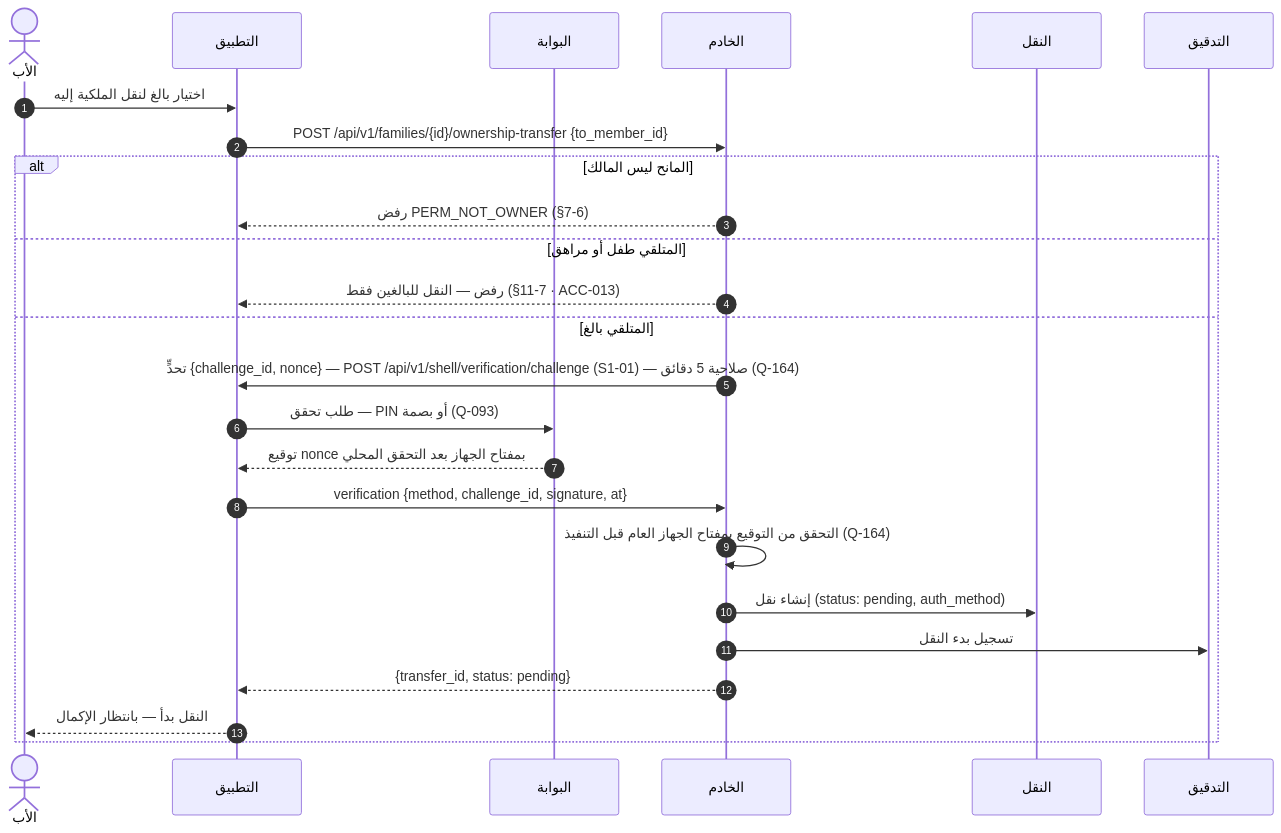
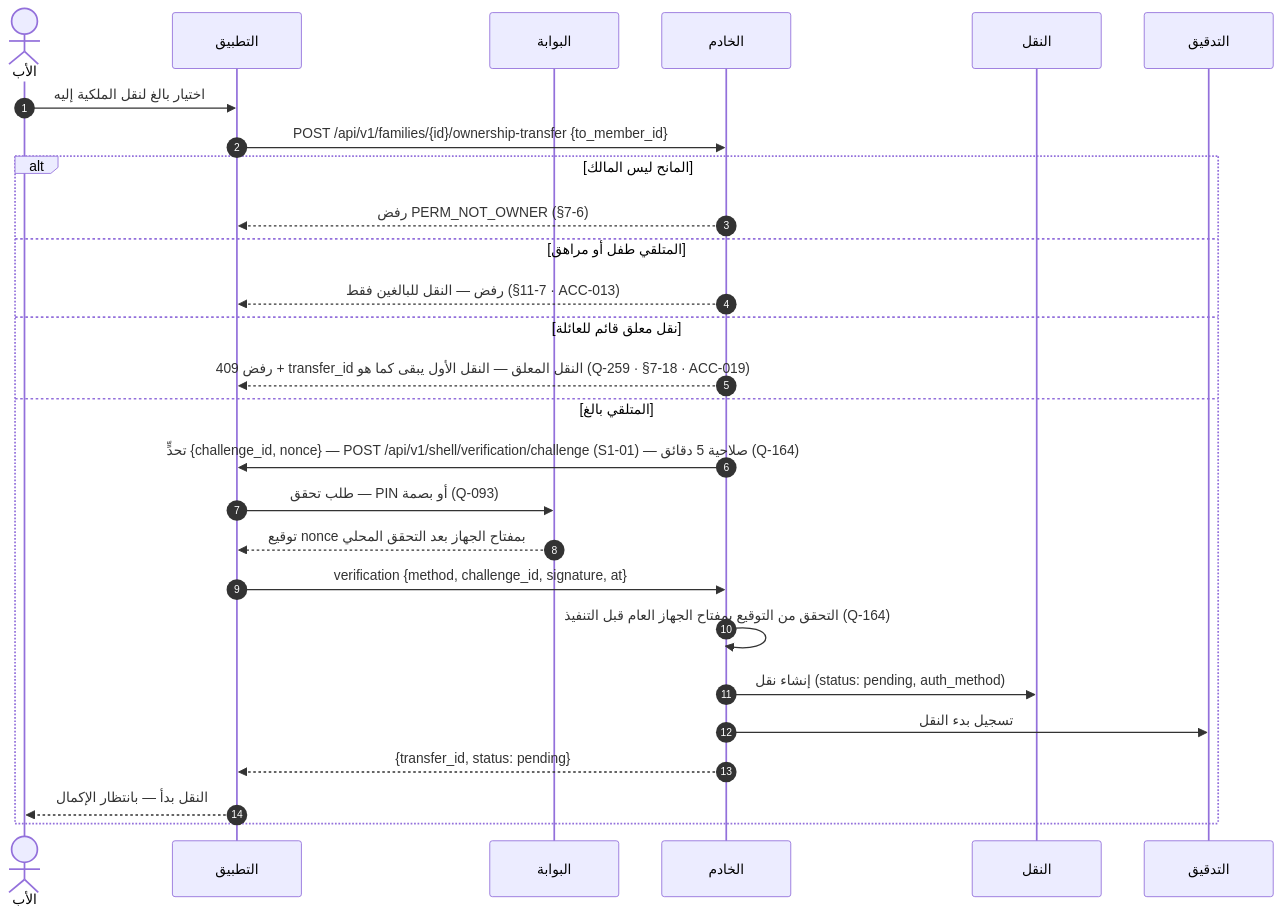
Before and after one commit to Bassam-mohammed-alqaeadi/family-os-v2: the seventh of 14 diagrams in docs/family-os/governance/phases/phase-1/S1-03-family-roles-and-permissions/DIAGRAMS.md, drawn with Mermaid. The commit also changed 1 other file, not shown here.

Commit message:
R2-S103-33 (Q-259): النقل الثاني المعلق يُرفض بـ 409 + معرّف النقل المعلّق

````diff
--- a/docs/family-os/governance/phases/phase-1/S1-03-family-roles-and-permissions/DIAGRAMS.md
+++ b/docs/family-os/governance/phases/phase-1/S1-03-family-roles-and-permissions/DIAGRAMS.md
@@ -339,27 +339,29 @@
 ```mermaid
 sequenceDiagram
     autonumber
     actor Father as الأب
     participant App as التطبيق
     participant S101 as البوابة
     participant Ktor as الخادم
     participant Transfer as النقل
     participant Audit as التدقيق
     Father->>App: اختيار بالغ لنقل الملكية إليه
     App->>Ktor: POST /api/v1/families/{id}/ownership-transfer {to_member_id}
     alt المانح ليس المالك
         Ktor-->>App: رفض PERM_NOT_OWNER (§7-6)
     else المتلقي طفل أو مراهق
         Ktor-->>App: رفض — النقل للبالغين فقط (§7-11 · ACC-013)
+    else نقل معلق قائم للعائلة
+        Ktor-->>App: رفض 409 + transfer_id النقل المعلق — النقل الأول يبقى كما هو (Q-259 · §7-18 · ACC-019)
     else المتلقي بالغ
         Ktor->>App: تحدٍّ {challenge_id, nonce} — POST /api/v1/shell/verification/challenge (S1-01) — صلاحية 5 دقائق (Q-164)
         App->>S101: طلب تحقق — PIN أو بصمة (Q-093)
         S101-->>App: توقيع nonce بمفتاح الجهاز بعد التحقق المحلي
         App->>Ktor: verification {method, challenge_id, signature, at}
         Ktor->>Ktor: التحقق من التوقيع بمفتاح الجهاز العام قبل التنفيذ (Q-164)
         Ktor->>Transfer: إنشاء نقل (status: pending, auth_method)
         Ktor->>Audit: تسجيل بدء النقل
         Ktor-->>App: {transfer_id, status: pending}
         App-->>Father: النقل بدأ — بانتظار الإكمال
     end
 ```
````
